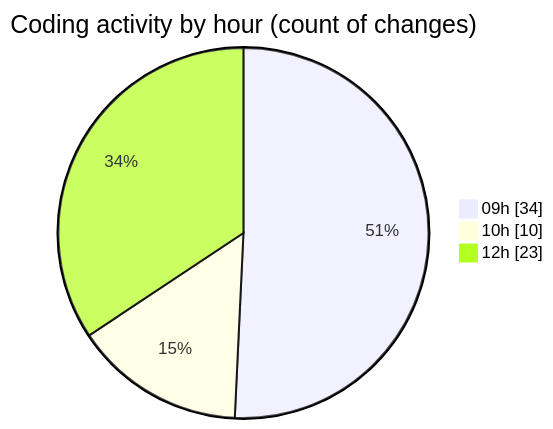
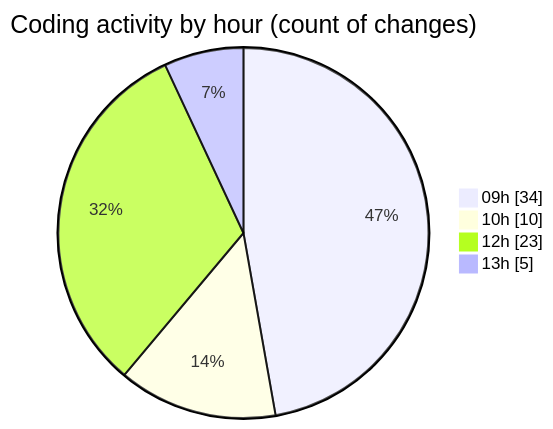
The second of 2 diagrams in 2026-07-20/cda/README.md (momahboobian/code-tracking), drawn with Mermaid before and after one commit. The commit also changed other lines of this file and 1 other file, not shown here.

````diff
--- a/2026-07-20/cda/README.md
+++ b/2026-07-20/cda/README.md
@@ -66,7 +67,8 @@
 ```mermaid
 pie showData
 title Coding activity by hour (count of changes)
 "09h" : 34
 "10h" : 10
 "12h" : 23
+"13h" : 5
 ```
````
